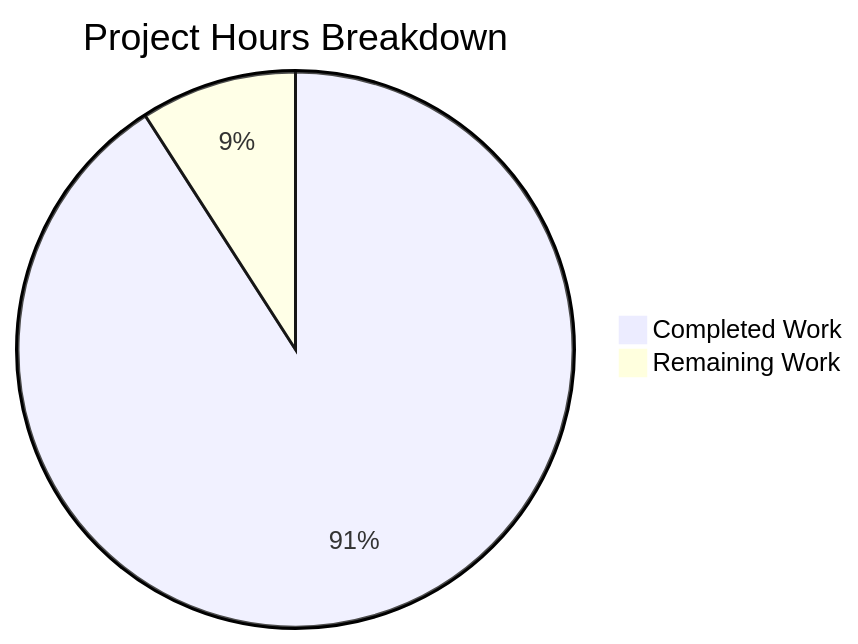
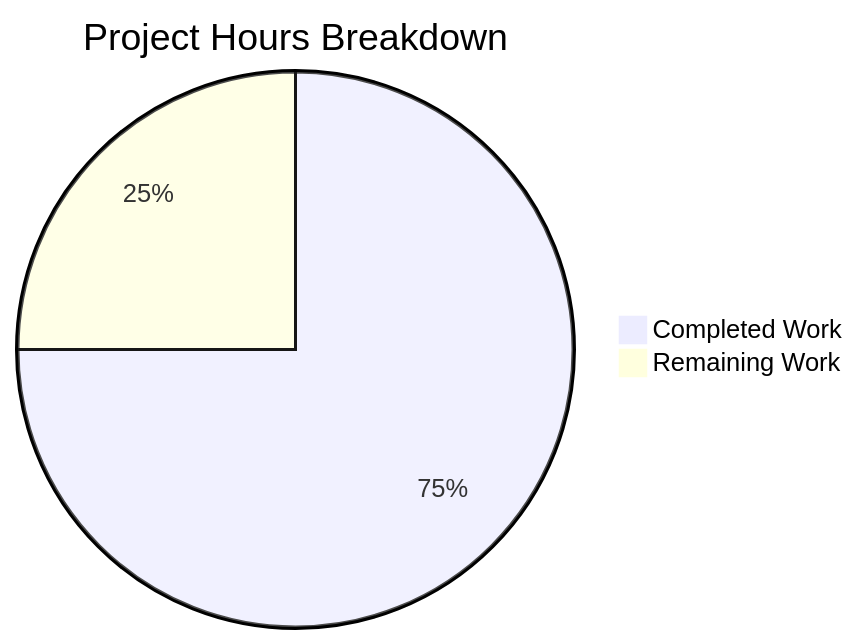
Before and after one commit to blitzy-public-samples/blitzy-WebVella-ERP: the diagram in blitzy/documentation/Project Guide.md, drawn with Mermaid. The commit also changed other lines of this file, not shown here.

Commit message:
Adding Blitzy Project Guide: Project Status and Human Tasks Remaining

````diff
--- a/blitzy/documentation/Project Guide.md
+++ b/blitzy/documentation/Project Guide.md
@@ -56,5 +42,5 @@
 ```mermaid
 pie title Project Hours Breakdown
-    "Completed Work" : 10
-    "Remaining Work" : 1
+    "Completed Work" : 1.5
+    "Remaining Work" : 0.5
 ```
````
